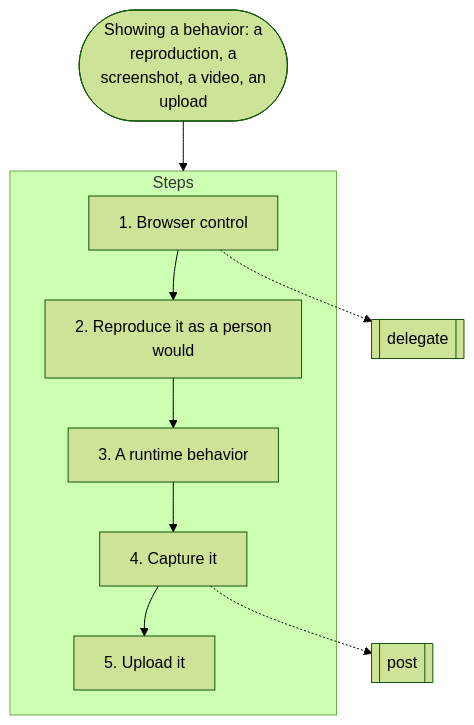
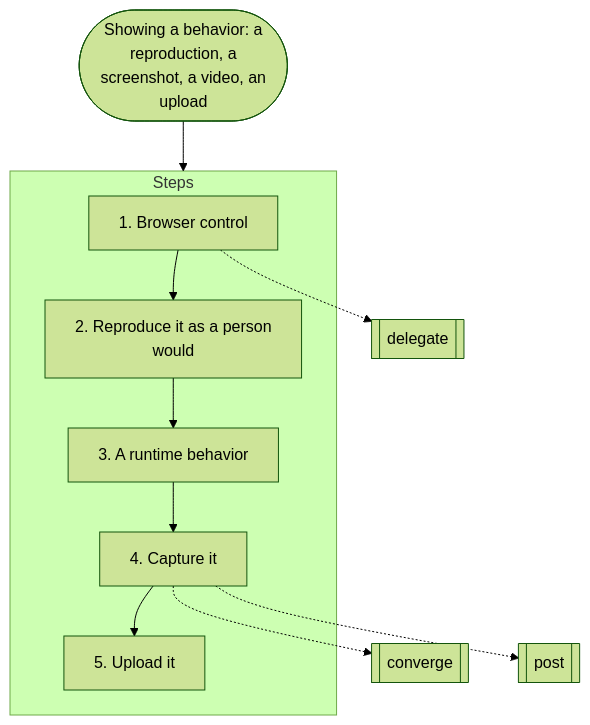
One commit to nitedani/mergeworthy changed diagram 16 of 19 in docs/graphs.md. Above: the diagram before and after it, drawn with Mermaid (forest theme). The commit also changed other lines of this file and 7 other files, not shown here.

````diff
--- a/docs/graphs.md
+++ b/docs/graphs.md
@@ -481,18 +481,19 @@
 ```mermaid
 flowchart TB
   start(["Showing a behavior: a<br/>reproduction, a<br/>screenshot, a video, an<br/>upload"])
   subgraph g0["Steps"]
     s0["1. Browser control"]
     s1["2. Reproduce it as a person<br/>would"]
     s0 --> s1
     s2["3. A runtime behavior"]
     s1 --> s2
     s3["4. Capture it"]
     s2 --> s3
     s4["5. Upload it"]
     s3 --> s4
   end
   s0 -.-> r1[["delegate"]]
-  s3 -.-> r2[["post"]]
+  s3 -.-> r2[["converge"]]
+  s3 -.-> r3[["post"]]
   start --> g0
 ```
````
